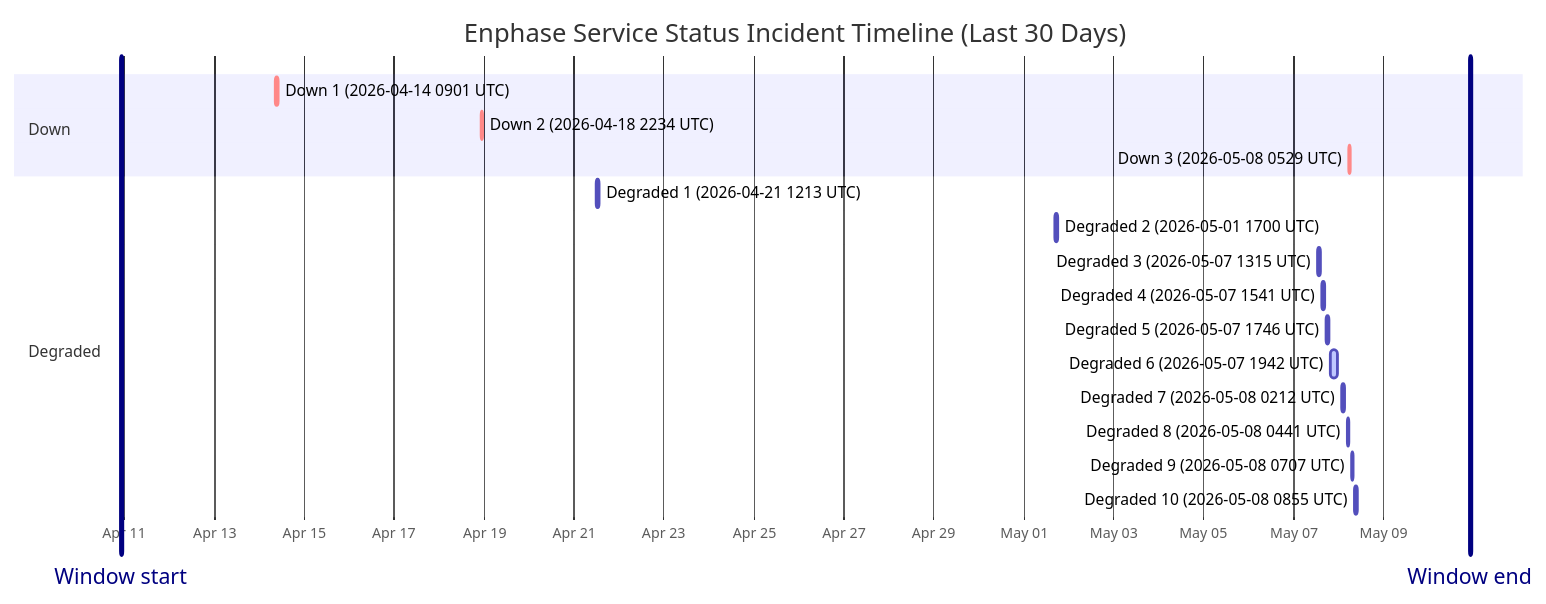
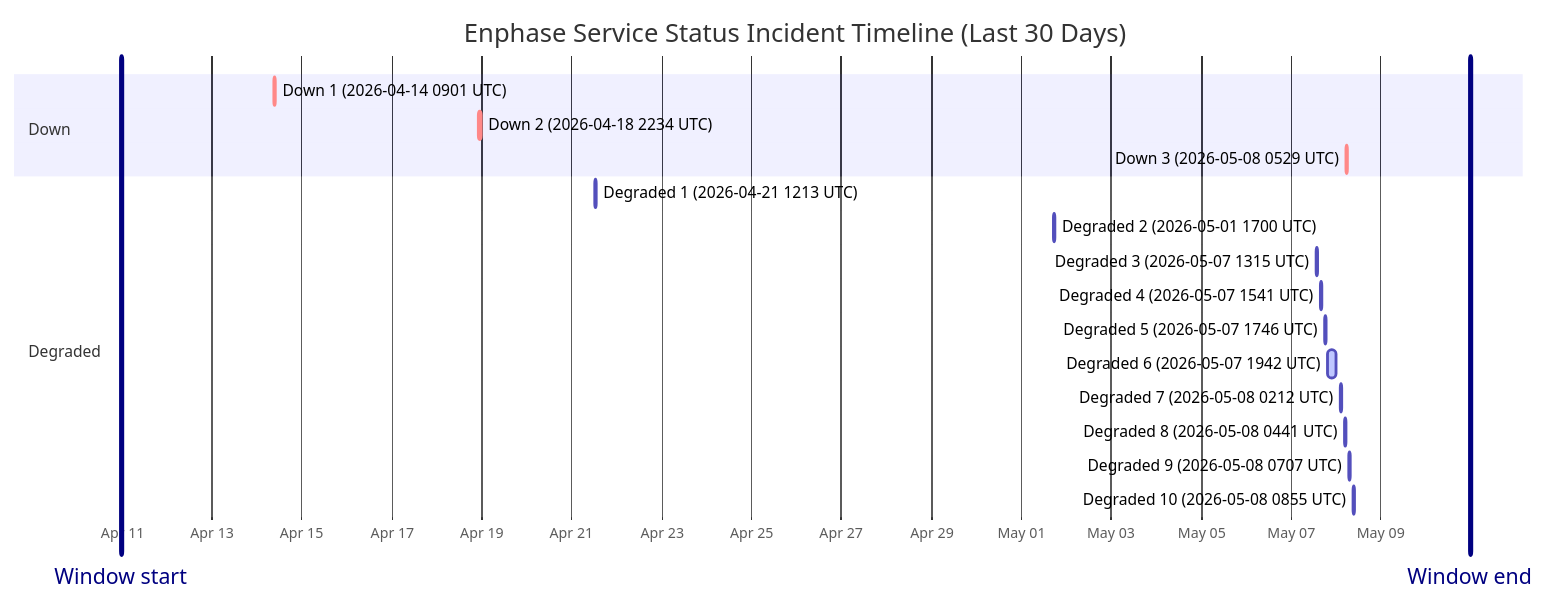
One commit to barneyonline/ha-enphase-ev-charger changed the diagram in wiki/Service-Status-History.md. Above: the diagram before and after it, drawn with Mermaid. The commit also changed other lines of this file and 3 other files, not shown here.

````diff
--- a/wiki/Service-Status-History.md
+++ b/wiki/Service-Status-History.md
@@ -14,23 +14,23 @@
 ```mermaid
 gantt
     title Enphase Service Status Incident Timeline (Last 30 Days)
     dateFormat  YYYY-MM-DDTHH:mm:ss
     axisFormat  %b %d
-    Window start :vert, window-start, 2026-04-10T22:09:38, 0ms
-    Window end :vert, window-end, 2026-05-10T22:09:38, 0ms
+    Window start :vert, window-start, 2026-04-10T23:25:47, 0ms
+    Window end :vert, window-end, 2026-05-10T23:25:47, 0ms
     section Down
     Down 1 (2026-04-14 0901 UTC) :crit, down-1, 2026-04-14T09:01:13, 60m
     Down 2 (2026-04-18 2234 UTC) :crit, down-2, 2026-04-18T22:34:13, 60m
     Down 3 (2026-05-08 0529 UTC) :crit, down-3, 2026-05-08T05:29:47, 60m
     section Degraded
     Degraded 1 (2026-04-21 1213 UTC) :active, degraded-1, 2026-04-21T12:13:11, 60m
     Degraded 2 (2026-05-01 1700 UTC) :active, degraded-2, 2026-05-01T17:00:22, 60m
     Degraded 3 (2026-05-07 1315 UTC) :active, degraded-3, 2026-05-07T13:15:25, 60m
     Degraded 4 (2026-05-07 1541 UTC) :active, degraded-4, 2026-05-07T15:41:58, 60m
     Degraded 5 (2026-05-07 1746 UTC) :active, degraded-5, 2026-05-07T17:46:51, 60m
     Degraded 6 (2026-05-07 1942 UTC) :active, degraded-6, 2026-05-07T19:42:10, 249m
     Degraded 7 (2026-05-08 0212 UTC) :active, degraded-7, 2026-05-08T02:12:39, 60m
     Degraded 8 (2026-05-08 0441 UTC) :active, degraded-8, 2026-05-08T04:41:46, 60m
     Degraded 9 (2026-05-08 0707 UTC) :active, degraded-9, 2026-05-08T07:07:30, 60m
     Degraded 10 (2026-05-08 0855 UTC) :active, degraded-10, 2026-05-08T08:55:20, 88m
 ```
````
